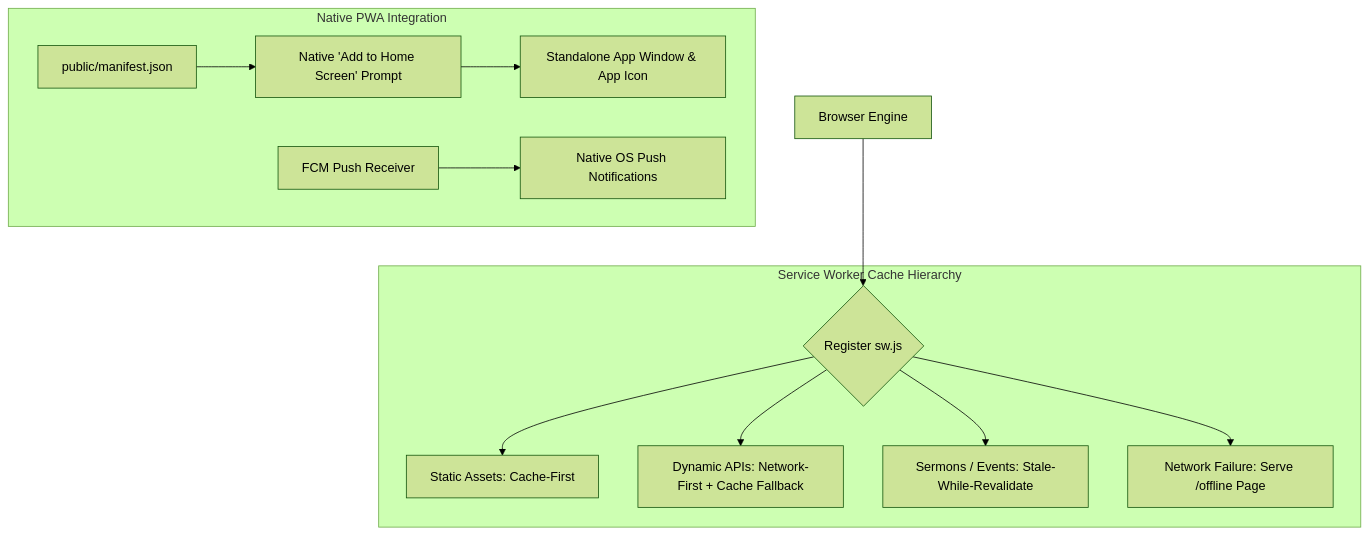
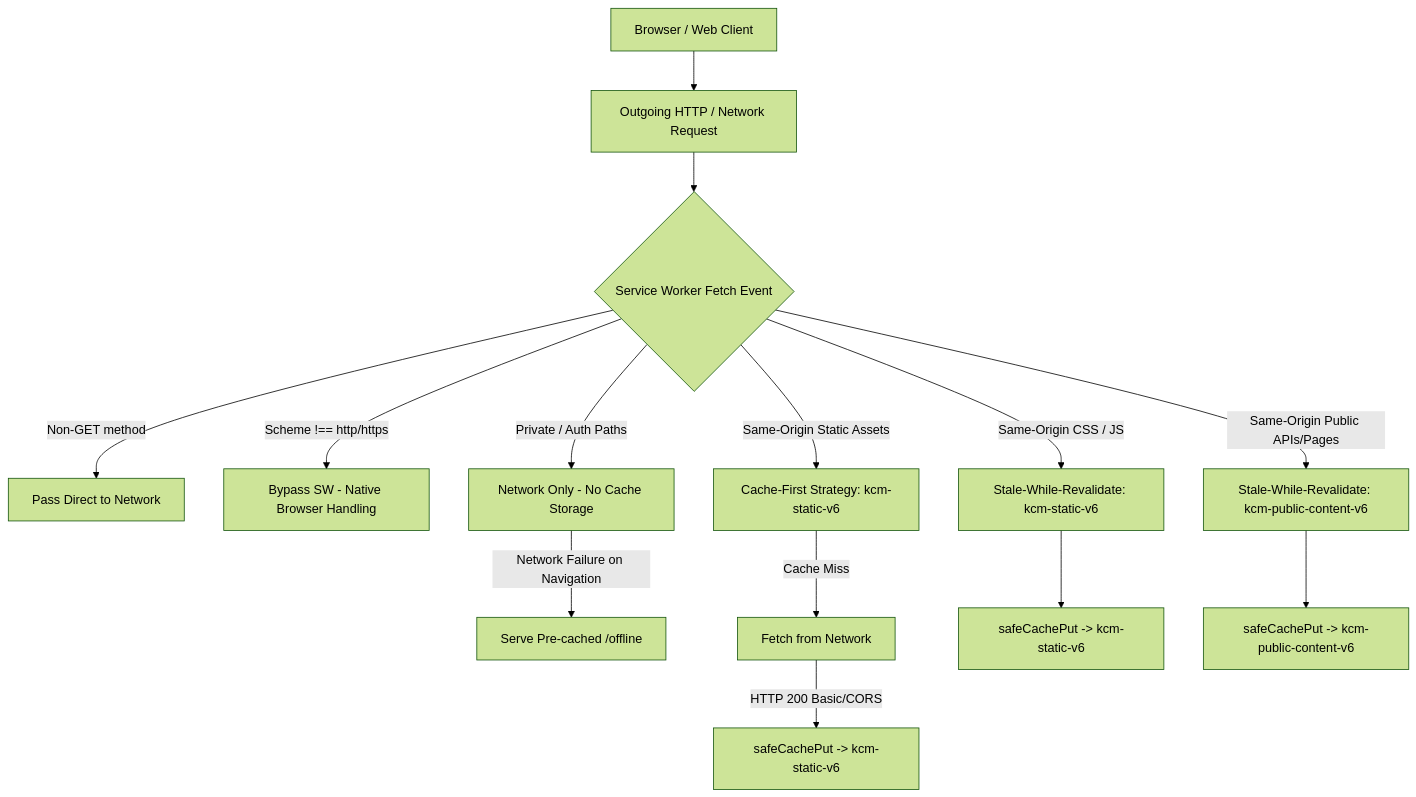
The diagram in docs/PWA.md (bunnyvalluri/church-), drawn with Mermaid (forest theme) before and after one commit. The commit also changed other lines of this file and 7 other files, not shown here.

Commit message:
fix(pwa): validate request schemes in service worker to prevent chrome-extension Cache.put errors

````diff
--- a/docs/PWA.md
+++ b/docs/PWA.md
@@ -18,17 +21,21 @@
 ```mermaid
 graph TD
-    Browser[Browser Engine] --> RegisterSW{Register sw.js}
+    Browser[Browser / Web Client] --> Request[Outgoing HTTP / Network Request]
+    Request --> SW{Service Worker Fetch Event}
+
+    SW -->|Non-GET method| PassDirect[Pass Direct to Network]
+    SW -->|Scheme !== http/https| BypassSW[Bypass SW - Native Browser Handling]
     
-    subgraph Service Worker Cache Hierarchy
-        RegisterSW --> CacheFirst[Static Assets: Cache-First]
-        RegisterSW --> NetworkFirst[Dynamic APIs: Network-First + Cache Fallback]
-        RegisterSW --> SWRStrat[Sermons / Events: Stale-While-Revalidate]
-        RegisterSW --> OfflinePage[Network Failure: Serve /offline Page]
-    end
+    SW -->|Private / Auth Paths| NetOnly[Network Only - No Cache Storage]
+    NetOnly -->|Network Failure on Navigation| OfflineFallback[Serve Pre-cached /offline]
 
-    subgraph Native PWA Integration
-        Manifest[public/manifest.json] --> InstallPrompt[Native 'Add to Home Screen' Prompt]
-        InstallPrompt --> StandaloneWindow[Standalone App Window & App Icon]
-        FCMServiceWorker[FCM Push Receiver] --> PushNotif[Native OS Push Notifications]
-    end
+    SW -->|Same-Origin Static Assets| CacheFirst[Cache-First Strategy: kcm-static-v6]
+    CacheFirst -->|Cache Miss| FetchStatic[Fetch from Network]
+    FetchStatic -->|HTTP 200 Basic/CORS| SafePutStatic[safeCachePut -> kcm-static-v6]
+
+    SW -->|Same-Origin CSS / JS| SWRStatic[Stale-While-Revalidate: kcm-static-v6]
+    SWRStatic --> SafePutSWR[safeCachePut -> kcm-static-v6]
+
+    SW -->|Same-Origin Public APIs/Pages| SWRContent[Stale-While-Revalidate: kcm-public-content-v6]
+    SWRContent --> SafePutContent[safeCachePut -> kcm-public-content-v6]
 ```
````
